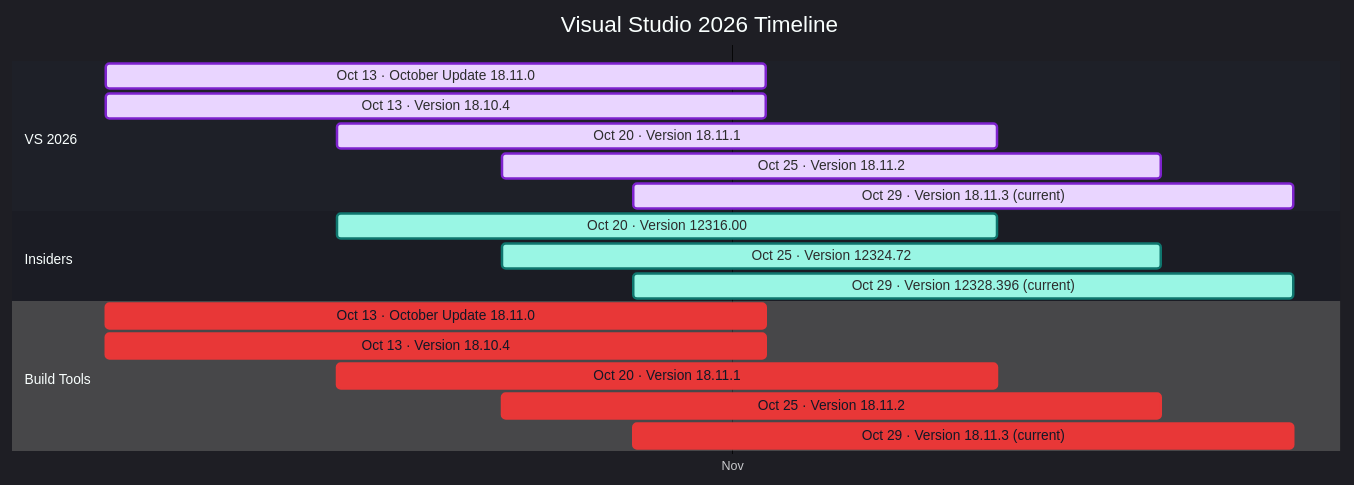
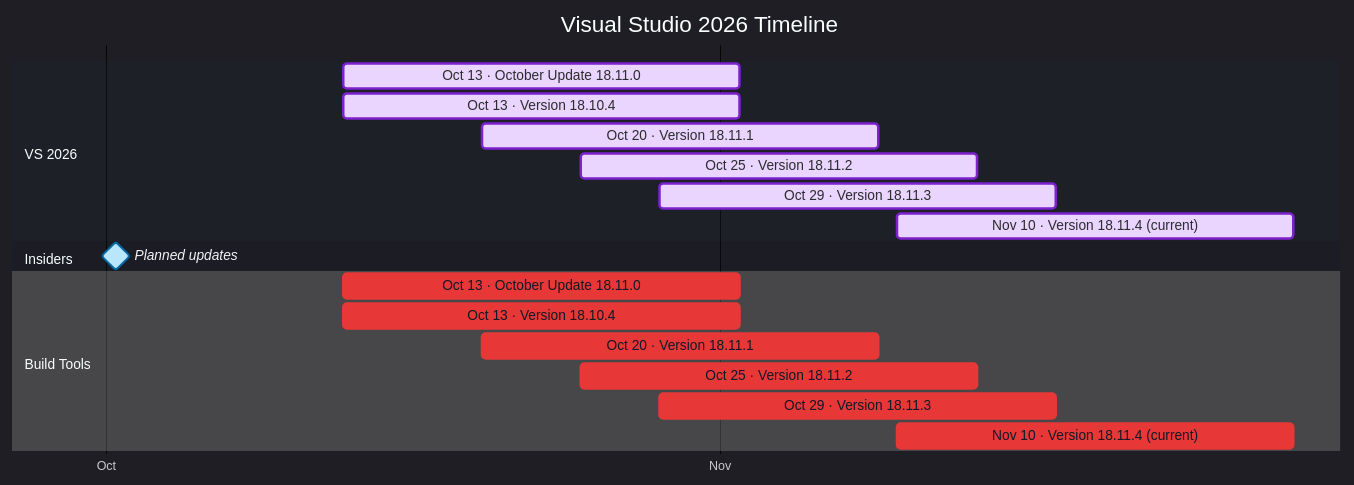
Before and after one commit to Oxelya-DevTools/VisualStudioUpdate: the diagram in docs/visual-studio-2026.md, drawn with Mermaid. The commit also changed other lines of this file and 3 other files, not shown here.

````diff
--- a/docs/visual-studio-2026.md
+++ b/docs/visual-studio-2026.md
@@ -9,24 +9,24 @@
 ```mermaid
 %%{init: {'theme':'dark','themeVariables': { 'fontFamily': 'Segoe UI', 'fontSize': '24px', 'textColor': '#F3F4F6', 'titleTextColor': '#FFFFFF', 'taskTextColor': '#111827', 'taskTextLightColor': '#111827', 'taskTextOutsideColor': '#F3F4F6', 'taskBkgColor': '#BAE6FD', 'taskBorderColor': '#0369A1', 'doneTaskBkgColor': '#E9D5FF', 'doneTaskBorderColor': '#7E22CE', 'activeTaskBkgColor': '#99F6E4', 'activeTaskBorderColor': '#0F766E', 'critTaskBkgColor': '#FED7AA', 'critTaskBorderColor': '#C2410C', 'sectionBkgColor': '#1F2937', 'altSectionBkgColor': '#111827', 'gridColor': '#4B5563', 'todayLineColor': '#F87171' }}}%%
 gantt
     title Visual Studio 2026 Timeline
     dateFormat  YYYY-MM-DD
     axisFormat  %b
     tickInterval 1month
     section VS 2026
     Oct 13 · October Update 18.11.0 : done, vs2026202610130, 2026-10-13, 20d
     Oct 13 · Version 18.10.4 : done, vs2026202610131, 2026-10-13, 20d
     Oct 20 · Version 18.11.1 : done, vs2026202610202, 2026-10-20, 20d
     Oct 25 · Version 18.11.2 : done, vs2026202610253, 2026-10-25, 20d
-    Oct 29 · Version 18.11.3 (current) : done, vs2026202610294, 2026-10-29, 20d
+    Oct 29 · Version 18.11.3 : done, vs2026202610294, 2026-10-29, 20d
+    Nov 10 · Version 18.11.4 (current) : done, vs2026202611105, 2026-11-10, 20d
     section Insiders
-    Oct 20 · Version 12316.00 : active, insiders202610200, 2026-10-20, 20d
-    Oct 25 · Version 12324.72 : active, insiders202610251, 2026-10-25, 20d
-    Oct 29 · Version 12328.396 (current) : active, insiders202610292, 2026-10-29, 20d
+    Planned updates : milestone, insidersplanned, 2026-10-01, 1d
     section Build Tools
     Oct 13 · October Update 18.11.0 : crit, buildtools202610130, 2026-10-13, 20d
     Oct 13 · Version 18.10.4 : crit, buildtools202610131, 2026-10-13, 20d
     Oct 20 · Version 18.11.1 : crit, buildtools202610202, 2026-10-20, 20d
     Oct 25 · Version 18.11.2 : crit, buildtools202610253, 2026-10-25, 20d
-    Oct 29 · Version 18.11.3 (current) : crit, buildtools202610294, 2026-10-29, 20d
+    Oct 29 · Version 18.11.3 : crit, buildtools202610294, 2026-10-29, 20d
+    Nov 10 · Version 18.11.4 (current) : crit, buildtools202611105, 2026-11-10, 20d
 ```
````
